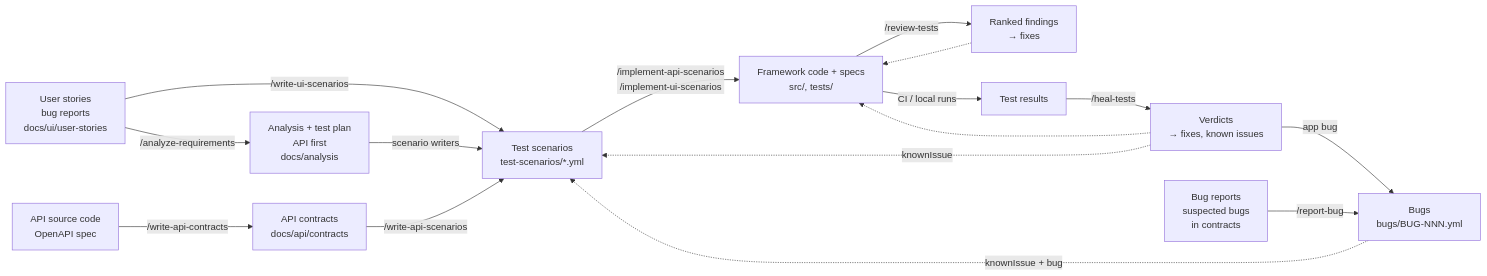
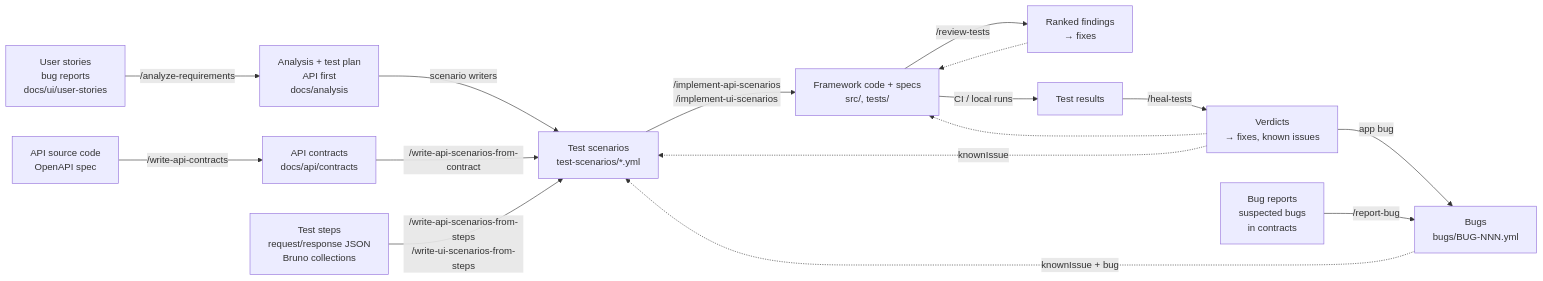
The diagram in docs/AI_WORKFLOW.md (Zaytsman/SimpRight), drawn with Mermaid before and after one commit. The commit also changed other lines of this file and 21 other files, not shown here.

First line of the commit message:
Split the scenario skills by source: contract, steps, story

````diff
--- a/docs/AI_WORKFLOW.md
+++ b/docs/AI_WORKFLOW.md
@@ -14,18 +14,18 @@
 ```mermaid
 flowchart LR
     src[API source code<br/>OpenAPI spec] -->|/write-api-contracts| contracts[API contracts<br/>docs/api/contracts]
-    stories[User stories<br/>bug reports<br/>docs/ui/user-stories] -->|/write-ui-scenarios| scenarios
-    stories -->|/analyze-requirements| analysis[Analysis + test plan<br/>API first<br/>docs/analysis]
+    stories[User stories<br/>bug reports<br/>docs/ui/user-stories] -->|/analyze-requirements| analysis[Analysis + test plan<br/>API first<br/>docs/analysis]
     analysis -->|scenario writers| scenarios
-    contracts -->|/write-api-scenarios| scenarios[Test scenarios<br/>test-scenarios/*.yml]
+    contracts -->|/write-api-scenarios-from-contract| scenarios[Test scenarios<br/>test-scenarios/*.yml]
+    steps[Test steps<br/>request/response JSON<br/>Bruno collections] -->|/write-api-scenarios-from-steps<br/>/write-ui-scenarios-from-steps| scenarios
     scenarios -->|/implement-api-scenarios<br/>/implement-ui-scenarios| specs[Framework code + specs<br/>src/, tests/]
     specs -->|/review-tests| review[Ranked findings<br/>→ fixes]
     specs -->|CI / local runs| runs[Test results]
     runs -->|/heal-tests| heal[Verdicts<br/>→ fixes, known issues]
     review -.-> specs
     heal -.-> specs
     heal -.->|knownIssue| scenarios
     heal -->|app bug| bugrep
     reports[Bug reports<br/>suspected bugs<br/>in contracts] -->|/report-bug| bugrep[Bugs<br/>bugs/BUG-NNN.yml]
     bugrep -.->|knownIssue + bug| scenarios
 ```
````
